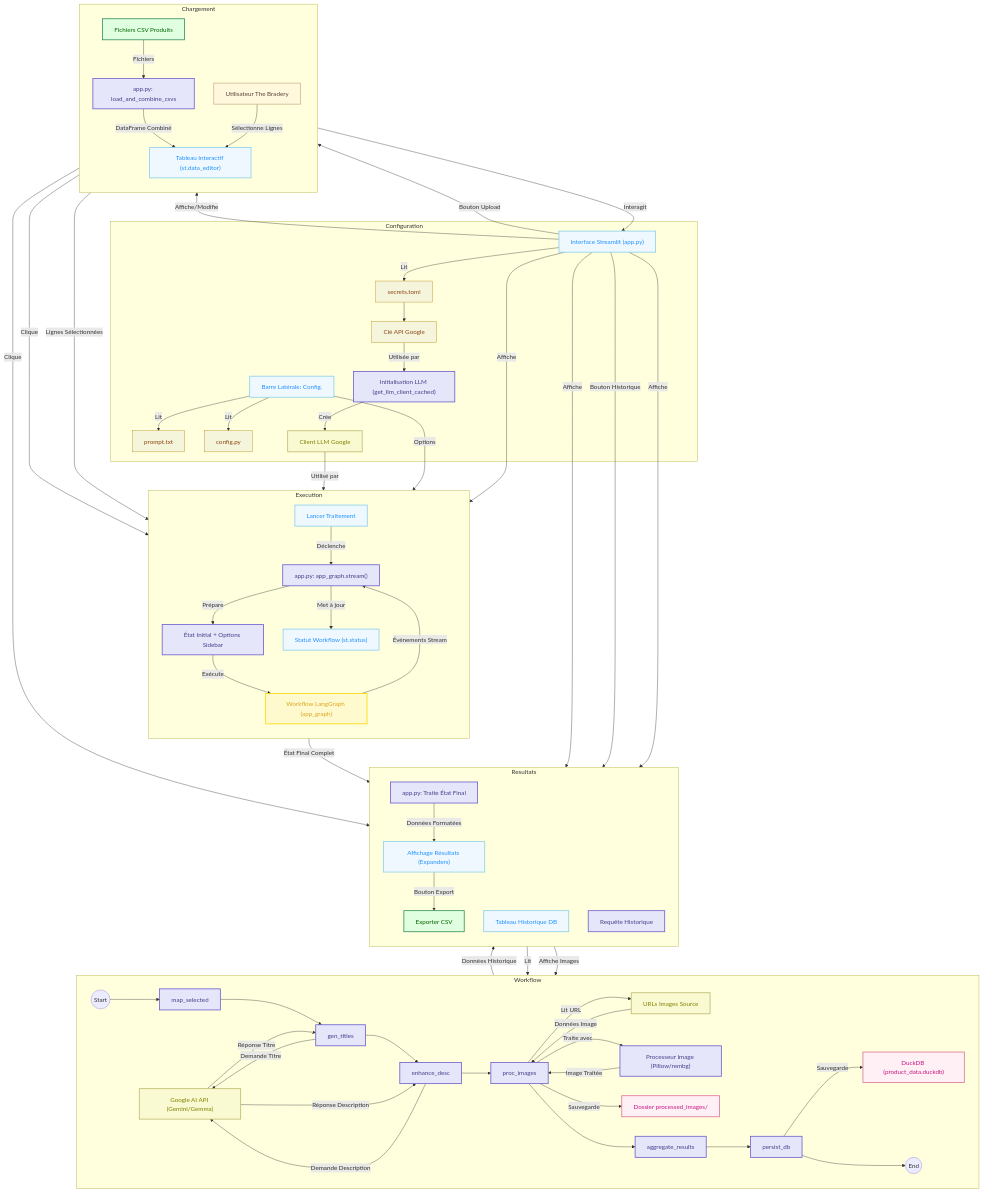
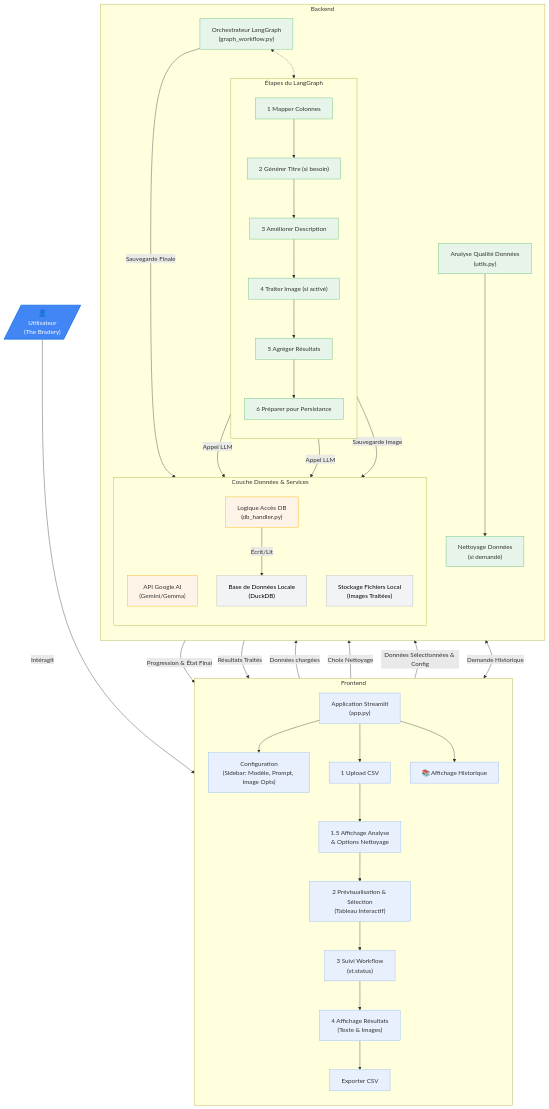
One commit to LRigaux/technical_test_TBY changed the diagram in mermaid.md. Above: the diagram before and after it, drawn with Mermaid.

Commit message:
Refactor mermaid.md to update workflow diagram with new architecture layers and style definitions. Enhanced clarity by reorganizing components into frontend, backend, and data layer sections, and updated color themes for improved visual representation.

````diff
--- a/mermaid.md
+++ b/mermaid.md
@@ -3,136 +3,111 @@
   init: {
     'theme': 'base',
     'themeVariables': {
-      'primaryColor': '#F8F3EE',        
-      'secondaryColor': '#E8CBB6',
-      'tertiaryColor': '#D4A58B',
-      'mainBkg': '#FFFFFF',            /* White background */
-      'nodeBorder': '#A0522D',         /* Sienna border */
-      'lineColor': '#8B4513',          /* SaddleBrown lines */
-      'textColor': '#333333',          /* Dark text */
-      'actorBkg': '#FFF8DC',          /* Cornsilk for user */
-      'actorBorder': '#D2B48C',        /* Tan */
-      'processBkg': '#ADD8E6',        /* LightBlue for processing */
-      'processBorder': '#4682B4',      /* SteelBlue */
-      'ioBkg': '#90EE90',            /* LightGreen for IO */
-      'ioBorder': '#2E8B57',          /* SeaGreen */
-      'storageBkg': '#FFDAB9',        /* PeachPuff for storage */
-      'storageBorder': '#CD853F',      /* Peru */
-      'externalBkg': '#DDA0DD',        /* Plum for external */
-      'externalBorder': '#BA55D3'      /* MediumOrchid */
+      'primaryColor': '#FFFFFF',        %% Fond blanc
+      'lineColor': '#4285F4',           %% Bleu Google pour les lignes
+      'textColor': '#333333',           %% Texte sombre
+      'clusterBkg': '#F8F9FA',          %% Fond très clair pour les couches
+      'clusterBorder': '#D1D5DB'        %% Bordure grise douce
     }
   }
 }%%
 
-graph TD
-    %% === Styles ===
-    classDef user fill:#FFF8DC,stroke:#D2B48C,stroke-width:2px,color:#5D4037;
-    classDef streamlit fill:#F0F8FF,stroke:#87CEEB,stroke-width:2px,color:#1E90FF;
-    classDef io fill:#E0FFE0,stroke:#2E8B57,stroke-width:2px,color:#006400;
-    classDef processing fill:#E6E6FA,stroke:#6A5ACD,stroke-width:2px,color:#483D8B;
-    classDef storage fill:#FFF0F5,stroke:#DB7093,stroke-width:2px,color:#C71585;
-    classDef external fill:#FAFAD2,stroke:#BDB76B,stroke-width:2px,color:#808000;
-    classDef config fill:#F5F5DC,stroke:#B8860B,stroke-width:1px,color:#8B4513;
-    classDef workflow fill:#FFFACD,stroke:#FFD700,stroke-width:2px,color:#DAA520;
+graph TD;
+  direction RL;
+    %% === Style Definitions ===
+    classDef user fill:#4285F4,stroke:#1A73E8,stroke-width:2px,color:white;
+    classDef frontend fill:#E8F0FE,stroke:#8AB4F8,stroke-width:1px,color:#333;
+    classDef backend fill:#E6F4EA,stroke:#5BB974,stroke-width:1px,color:#333;
+    classDef datalayer fill:#FDF4E7,stroke:#F9AB00,stroke-width:1px,color:#333;
+    classDef storage fill:#F1F3F4,stroke:#B0B5BB,stroke-width:1px,color:#000;
 
-    %% === Actors & UI ===
-    U["Utilisateur The Bradery"]:::user
-    App["Interface Streamlit (app.py)"]:::streamlit
+    %% === User -> Frontend ===
+    U --> |Intéragit| UI_Main;
 
-    %% === Inputs ===
-    CSV["Fichiers CSV Produits"]:::io
-    Sidebar["Barre Latérale: Config."]:::streamlit
-    PromptFile["prompt.txt"]:::config
-    SecretsFile["secrets.toml"]:::config
-    ConfigFile["config.py"]:::config
+    %% === Architecture Layers ===
 
-    %% === Processing Core ===
-    LaunchButton["Lancer Traitement"]:::streamlit
-    StatusDisplay["Statut Workflow (st.status)"]:::streamlit
-    LGSubgraph["Workflow LangGraph (app_graph)"]:::workflow
+    U[/"👤<br>Utilisateur<br>(The Bradery)"/]:::user;
 
-    %% === External Services / Local Tools ===
-    GoogleAPI["Google AI API (Gemini/Gemma)"]:::external
-    ImageURLs["URLs Images Source"]:::external
-    ImageProc["Processeur Image (Pillow/rembg)"]:::processing
+    subgraph "Frontend"
+        direction TB
+        UI_Main["Application Streamlit<br>(app.py)"]:::frontend;
+        UI_Sidebar["Configuration<br>(Sidebar: Modèle, Prompt, Image Opts)"]:::frontend;
+        UI_Upload["1 Upload CSV"]:::frontend;
+        UI_Analysis["1.5 Affichage Analyse<br>& Options Nettoyage"]:::frontend;
+        UI_Select["2 Prévisualisation & Sélection<br>(Tableau Interactif)"]:::frontend;
+        UI_Status["3 Suivi Workflow<br>(st.status)"]:::frontend;
+        UI_Results["4 Affichage Résultats<br>(Texte & Images)"]:::frontend;
+        UI_History["📚 Affichage Historique"]:::frontend;
+        UI_Export["Exporter CSV"]:::frontend;
 
-    %% === Storage ===
-    DuckDB["DuckDB (product_data.duckdb)"]:::storage
-    ProcessedImagesStore["Dossier processed_images/"]:::storage
-
-    %% === Outputs ===
-    ResultsDisplay["Affichage Résultats (Expanders)"]:::streamlit
-    ExportButton["Exporter CSV"]:::io
-    HistoryDisplay["Tableau Historique DB"]:::streamlit
-
-    %% === Workflow ===
-    U -- Interagit --> App
-
-    subgraph Configuration
-        Sidebar -- Lit --> PromptFile
-        Sidebar -- Lit --> ConfigFile
-        App -- Lit --> SecretsFile --> GoogleAPIKey["Clé API Google"]:::config
-        GoogleAPIKey -- Utilisée par --> InitLLM["Initialisation LLM (get_llm_client_cached)"]:::processing
-        InitLLM -- Crée --> LLMClient["Client LLM Google"]:::external
+        %% Frontend Flow
+        UI_Main --> UI_Sidebar;
+        UI_Main --> UI_Upload;
+        UI_Upload --> UI_Analysis;
+        UI_Analysis --> UI_Select;
+        UI_Select --> UI_Status;
+        UI_Status --> UI_Results;
+        UI_Results --> UI_Export;
+        UI_Main --> UI_History;
     end
 
-    subgraph Chargement
+    subgraph "Backend"
         direction TB
-        App -- Bouton Upload --> CSV
-        CSV -- Fichiers --> LoadData["app.py: load_and_combine_csvs"]:::processing
-        LoadData -- DataFrame Combiné --> DataEditor["Tableau Interactif (st.data_editor)"]:::streamlit
-        App -- Affiche/Modifie --> DataEditor
-        U -- Sélectionne Lignes --> DataEditor
+        BE_Analysis["Analyse Qualité Données<br>(utils.py)"]:::backend;
+        BE_Preprocessing["Nettoyage Données<br>(si demandé)"]:::backend;
+        BE_LangGraph["Orchestrateur LangGraph<br>(graph_workflow.py)"]:::backend;
+
+        subgraph LG[Étapes du LangGraph]
+            direction TB
+            LG_Map["1 Mapper Colonnes"]:::backend;
+            LG_Map --> LG_Title["2 Générer Titre (si besoin)"]:::backend;
+            LG_Title --> LG_Desc["3 Améliorer Description"]:::backend;
+            LG_Desc --> LG_Image["4 Traiter Image (si activé)"]:::backend;
+            LG_Image --> LG_Aggregate["5 Agréger Résultats"]:::backend;
+            LG_Aggregate --> LG_Persist["6 Préparer pour Persistance"]:::backend;
+        end
+
+        %% Backend Flow
+        BE_Analysis --> BE_Preprocessing;
+        BE_LangGraph <-.-> LG;
+
+    subgraph "Couche Données & Services"
+        direction TB
+        DS_GoogleAI["API Google AI<br>(Gemini/Gemma)"]:::datalayer;
+        DS_DuckDB["Base de Données Locale<br>(DuckDB)"]:::storage;
+        DS_LocalStorage["Stockage Fichiers Local<br>(Images Traitées)"]:::storage;
+        DS_DBHandler["Logique Accès DB<br>(db_handler.py)"]:::datalayer;
     end
 
-    subgraph Execution
-        direction TB
-        DataEditor -- Lignes Sélectionnées --> LaunchButton
-        U -- Clique --> LaunchButton
-        LaunchButton -- Déclenche --> InvokeStream["app.py: app_graph.stream()"]:::processing
-        InvokeStream -- Prépare --> InitialState["État Initial + Options Sidebar"]:::processing
-        InitialState -- Exécute --> LGSubgraph
-        LGSubgraph -- Événements Stream --> InvokeStream
-        InvokeStream -- Met à jour --> StatusDisplay
-        App -- Affiche --> StatusDisplay
-    end
+    %% === Interactions Inter-Couches ===
 
-    subgraph Workflow
-        direction LR
-        Start((Start)) --> N1["map_selected"]:::processing
-        N1 --> N2["gen_titles"]:::processing
-        N2 -- Demande Titre --> GoogleAPI
-        GoogleAPI -- Réponse Titre --> N2
-        N2 --> N3["enhance_desc"]:::processing
-        N3 -- Demande Description --> GoogleAPI
-        GoogleAPI -- Réponse Description --> N3
-        N3 --> N4["proc_images"]:::processing
-        N4 -- Lit URL --> ImageURLs
-        ImageURLs -- Données Image --> N4
-        N4 -- Traite avec --> ImageProc
-        ImageProc -- Image Traitée --> N4
-        N4 -- Sauvegarde --> ProcessedImagesStore
-        N4 --> N5["aggregate_results"]:::processing
-        N5 --> N6["persist_db"]:::processing
-        N6 -- Sauvegarde --> DuckDB
-        N6 --> EndGraph((End))
-    end
+    
 
-    subgraph Resultats
-        direction TB
-        InvokeStream -- État Final Complet --> ProcessResults["app.py: Traite État Final"]:::processing
-        ProcessResults -- Données Formatées --> ResultsDisplay
-        App -- Affiche --> ResultsDisplay
-        ResultsDisplay -- Affiche Images --> ProcessedImagesStore
-        ResultsDisplay -- Bouton Export --> ExportButton
-        U -- Clique --> ExportButton
-        App -- Bouton Historique --> QueryDB["Requête Historique"]:::processing
-        QueryDB -- Lit --> DuckDB
-        DuckDB -- Données Historique --> HistoryDisplay
-        App -- Affiche --> HistoryDisplay
-    end
+    %% Frontend -> Backend
+    UI_Upload -->|Données chargées| BE_Analysis;
+    UI_Analysis -->|Choix Nettoyage| BE_Preprocessing;
+    UI_Select -->|Données Sélectionnées & Config| BE_LangGraph; 
+    %% Backend -> Data Layer / Services
+    LG_Title -->|Appel LLM| DS_GoogleAI;
+    LG_Desc -->|Appel LLM| DS_GoogleAI;
+    LG_Image -->|Sauvegarde Image| DS_LocalStorage;
+    BE_LangGraph -->|Sauvegarde Finale| DS_DBHandler;
+    DS_DBHandler -->|Écrit/Lit| DS_DuckDB;
 
-    %% === Liens Principaux ===
-    Sidebar -- Options --> InvokeStream
-    LLMClient -- Utilisé par --> LGSubgraph
+    %% Backend -> Frontend (Résultats)
+    BE_LangGraph -->|Progression & État Final| UI_Status;
+    BE_LangGraph -->|Résultats Traités| UI_Results;
+
+    %% Frontend -> Data Layer (Historique)
+    UI_History <-->|Demande Historique| DS_DBHandler;
+
+
+
+    %% === Assign Classes ===
+    class U user;
+    class UI_Main,UI_Sidebar,UI_Upload,UI_Analysis,UI_Select,UI_Status,UI_Results,UI_Export,UI_History frontend;
+    class BE_Analysis,BE_Preprocessing,BE_LangGraph,LG_Map,LG_Title,LG_Desc,LG_Image,LG_Aggregate,LG_Persist backend;
+    class DS_GoogleAI,DS_DBHandler datalayer;
+    class DS_DuckDB,DS_LocalStorage storage;
+end
 ```
````
